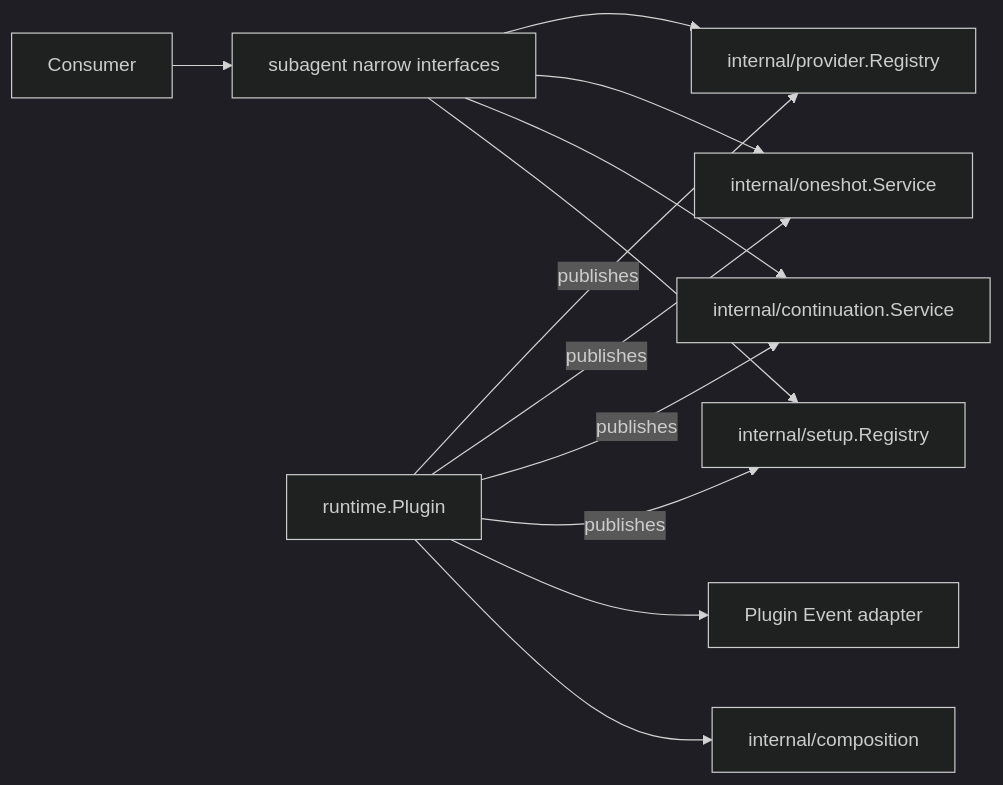
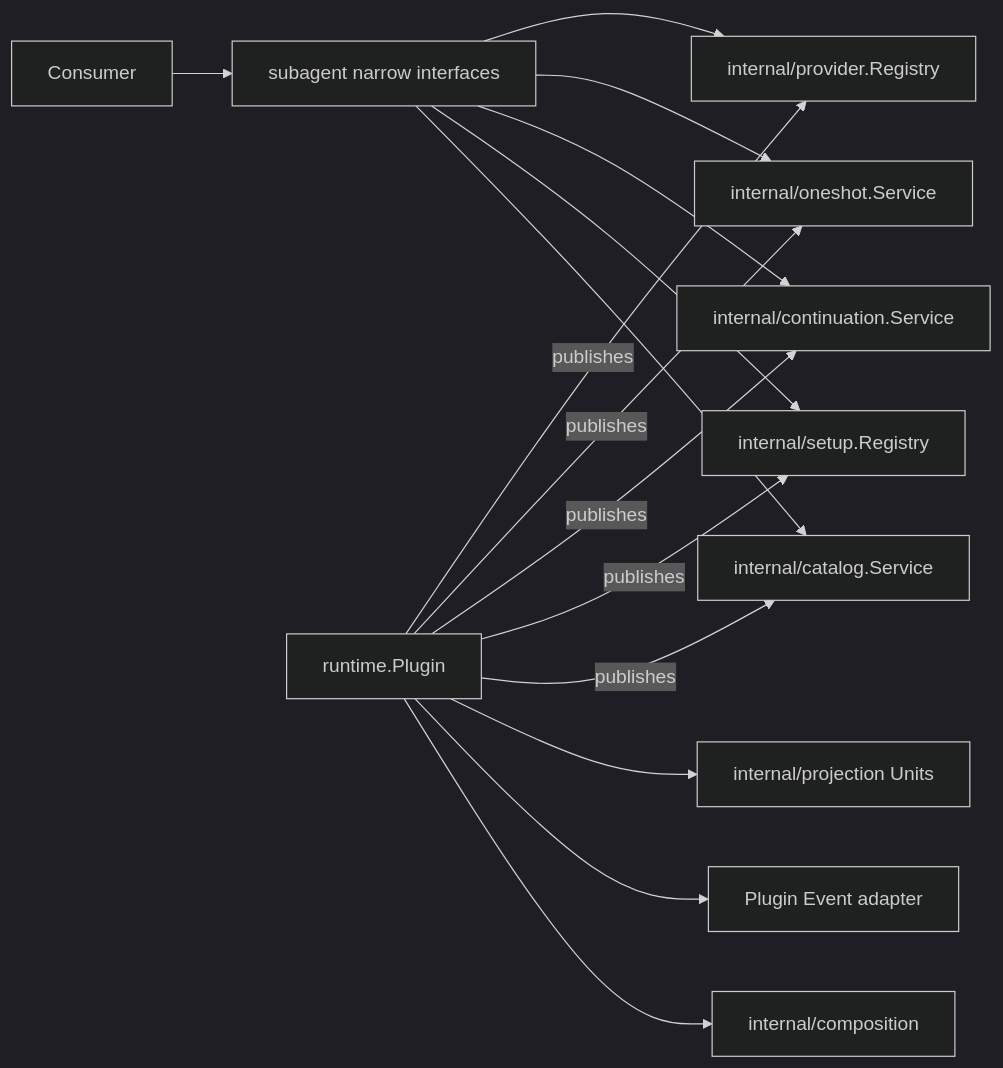
The diagram in subagent/runtime/README.zh-CN.md (gorenx/goren), drawn with Mermaid (dark theme) before and after one commit. The commit also changed other lines of this file and 8 other files, not shown here.

````diff
--- a/subagent/runtime/README.zh-CN.md
+++ b/subagent/runtime/README.zh-CN.md
@@ -7,14 +7,17 @@
 ```mermaid
 flowchart LR
     Consumer --> Contracts[subagent narrow interfaces]
     Plugin[runtime.Plugin] -->|publishes| Provider[internal/provider.Registry]
     Plugin -->|publishes| OneShot[internal/oneshot.Service]
     Plugin -->|publishes| Continuation[internal/continuation.Service]
     Plugin -->|publishes| Setup[internal/setup.Registry]
+    Plugin -->|publishes| Catalog[internal/catalog.Service]
     Contracts --> Provider
     Contracts --> OneShot
     Contracts --> Continuation
     Contracts --> Setup
+    Contracts --> Catalog
+    Plugin --> Projection[internal/projection Units]
     Plugin --> Events[Plugin Event adapter]
     Plugin --> Composition[internal/composition]
 ```
````
